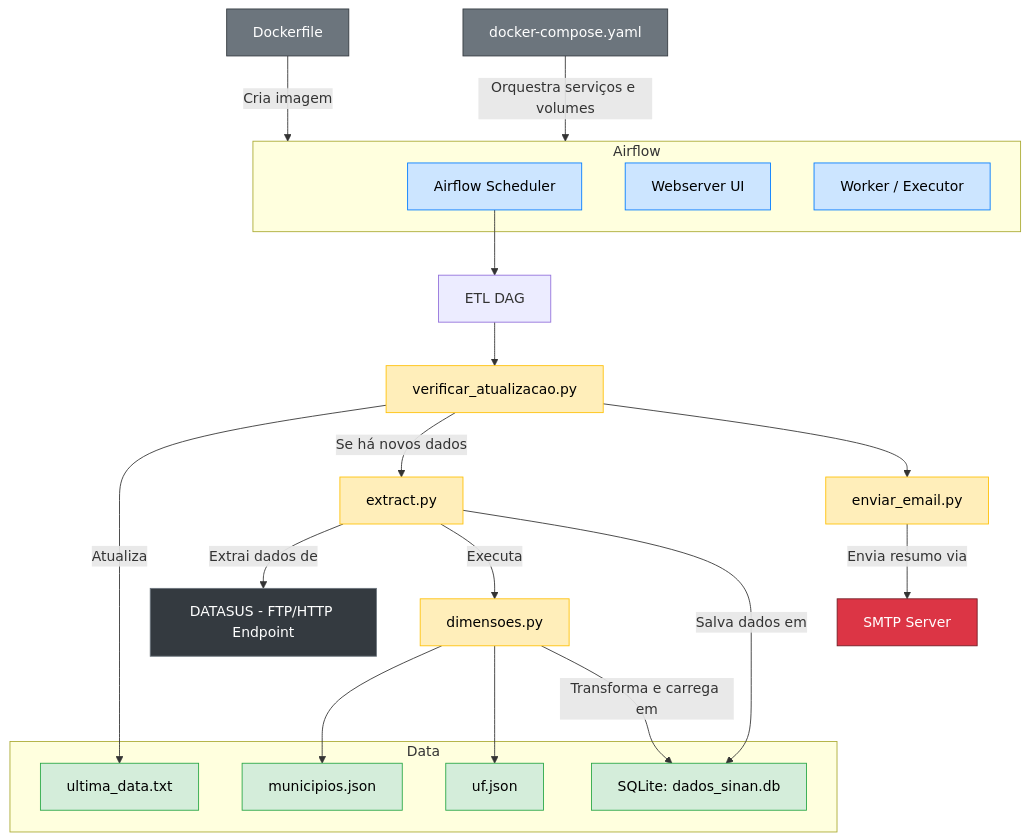
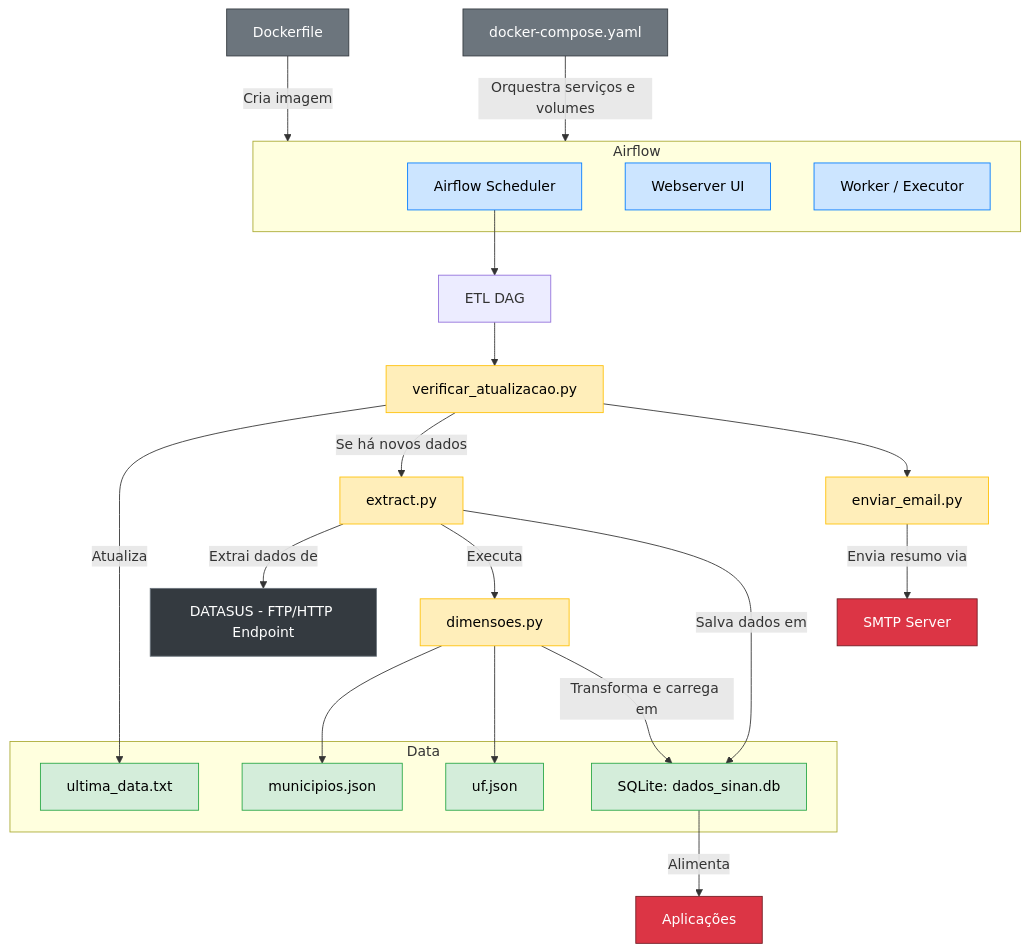
The diagram in README.md (MatheusDiogo/DataEng_Dengue), drawn with Mermaid before and after one commit. The commit also changed other lines of this file, not shown here.

````diff
--- a/README.md
+++ b/README.md
@@ -21,53 +21,55 @@
 ```mermaid
 flowchart TD
     %% Estilo dos nós
     classDef airflow fill:#cce5ff,stroke:#007bff,stroke-width:1px,color:#000;
     classDef data fill:#d4edda,stroke:#28a745,stroke-width:1px,color:#000;
     classDef module fill:#ffeeba,stroke:#ffc107,stroke-width:1px,color:#000;
     classDef external fill:#343a40,stroke:#6c757d,stroke-width:1px,color:#fff;
     classDef container fill:#6c757d,stroke:#343a40,stroke-width:1px,color:#fff;
     classDef notify fill:#dc3545,stroke:#721c24,stroke-width:1px,color:#fff;
 
     %% Componentes externos
     DATASUS["DATASUS - FTP/HTTP Endpoint"]:::external
 
     %% Orquestração - Apache Airflow
     subgraph Airflow
         Scheduler["Airflow Scheduler"]:::airflow
         Webserver["Webserver UI"]:::airflow
         Worker["Worker / Executor"]:::airflow
     end
 
     %% DAG principal
     Scheduler --> DAG["ETL DAG"]
 
     %% Módulos do DAG
     DAG --> Verifica["verificar_atualizacao.py"]:::module
     Verifica --> |Atualiza| UltimaDataTxt["ultima_data.txt"]:::data
     Verifica -->|Se há novos dados| Extract["extract.py"]:::module
     
     Extract -->|Extrai dados de| DATASUS
     Extract --> |Executa| Dimensoes["dimensoes.py"]:::module
     Extract -->|Salva dados em| SQLiteDB["SQLite: dados_sinan.db"]:::data
     
     Dimensoes --> JSONUF["municipios.json"]:::data
     Dimensoes --> JSONMun["uf.json"]:::data
     Dimensoes -->|Transforma e carrega em| SQLiteDB
 
     Verifica --> Email["enviar_email.py"]:::module
     Email -->|Envia resumo via| SMTP["SMTP Server"]:::notify
 
     %% Volumes compartilhados
     subgraph Data
         SQLiteDB["SQLite: dados_sinan.db"]:::data
         JSONUF["municipios.json"]:::data
         JSONMun["uf.json"]:::data
         UltimaDataTxt["ultima_data.txt"]:::data
     end
 
     %% Containerização
     Dockerfile["Dockerfile"]:::container
     Compose["docker-compose.yaml"]:::container
     Dockerfile -->|Cria imagem| Airflow
     Compose -->|Orquestra serviços e volumes| Airflow
+
+    SQLiteDB["SQLite: dados_sinan.db"]:::data --> |Alimenta| Aplicações:::notify
 ```
````
